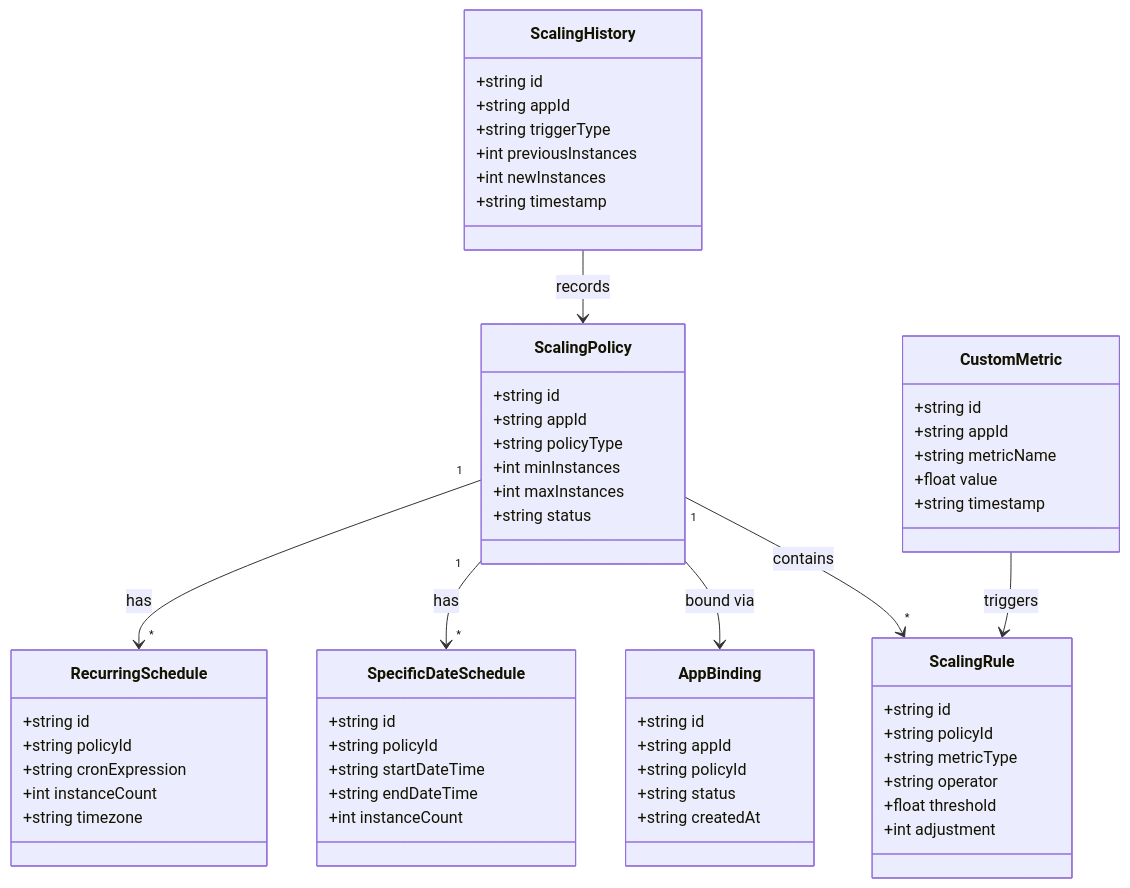
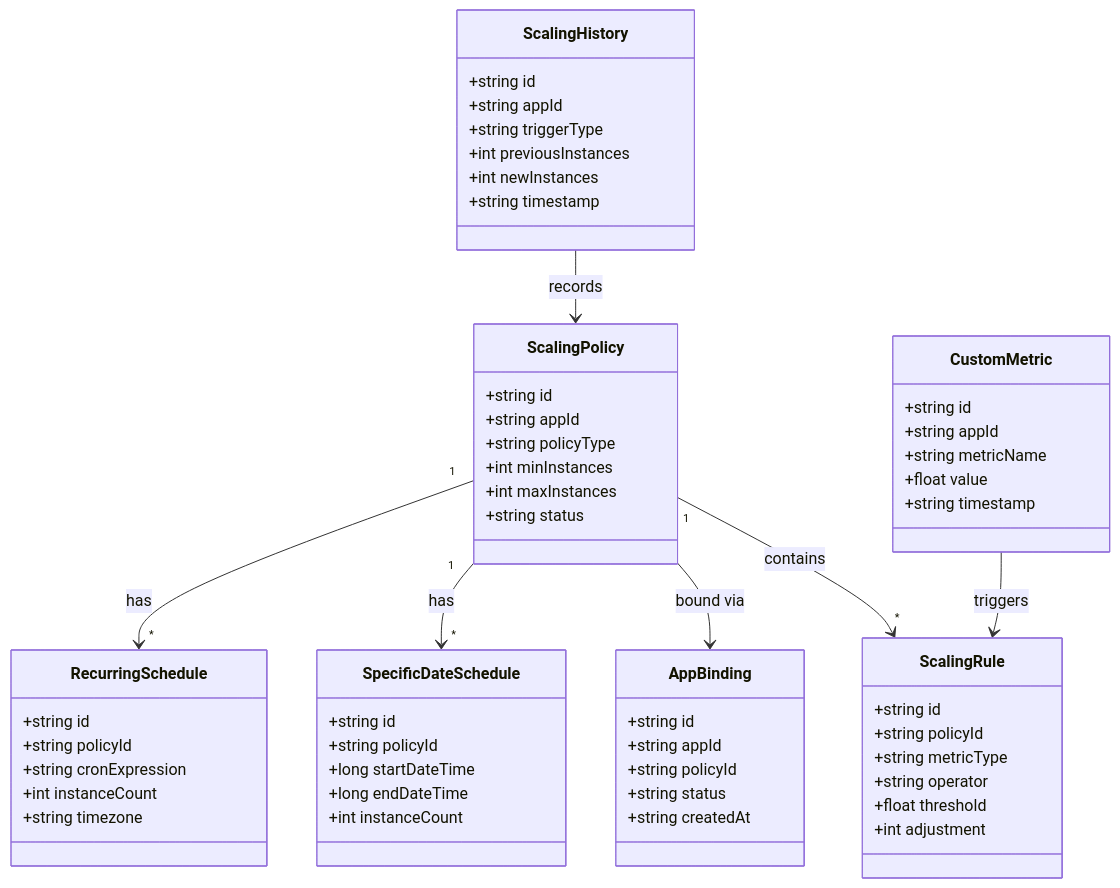
The first of 3 diagrams in application-autoscaler/UML.md (UIMSolutions/uim-platform), drawn with Mermaid before and after one commit. The commit also changed 22 other files, not shown here.

````diff
--- a/application-autoscaler/UML.md
+++ b/application-autoscaler/UML.md
@@ -5,62 +5,62 @@
 ```mermaid
 classDiagram
     class ScalingPolicy {
         +string id
         +string appId
         +string policyType
         +int minInstances
         +int maxInstances
         +string status
     }
     class SpecificDateSchedule {
         +string id
         +string policyId
-        +string startDateTime
-        +string endDateTime
+        +long startDateTime
+        +long endDateTime
         +int instanceCount
     }
     class RecurringSchedule {
         +string id
         +string policyId
         +string cronExpression
         +int instanceCount
         +string timezone
     }
     class ScalingRule {
         +string id
         +string policyId
         +string metricType
         +string operator
         +float threshold
         +int adjustment
     }
     class CustomMetric {
         +string id
         +string appId
         +string metricName
         +float value
         +string timestamp
     }
     class AppBinding {
         +string id
         +string appId
         +string policyId
         +string status
         +string createdAt
     }
     class ScalingHistory {
         +string id
         +string appId
         +string triggerType
         +int previousInstances
         +int newInstances
         +string timestamp
     }
 
     ScalingPolicy --> AppBinding : bound via
     ScalingPolicy "1" --> "*" ScalingRule : contains
     ScalingPolicy "1" --> "*" SpecificDateSchedule : has
     ScalingPolicy "1" --> "*" RecurringSchedule : has
     CustomMetric --> ScalingRule : triggers
     ScalingHistory --> ScalingPolicy : records
 ```
````
